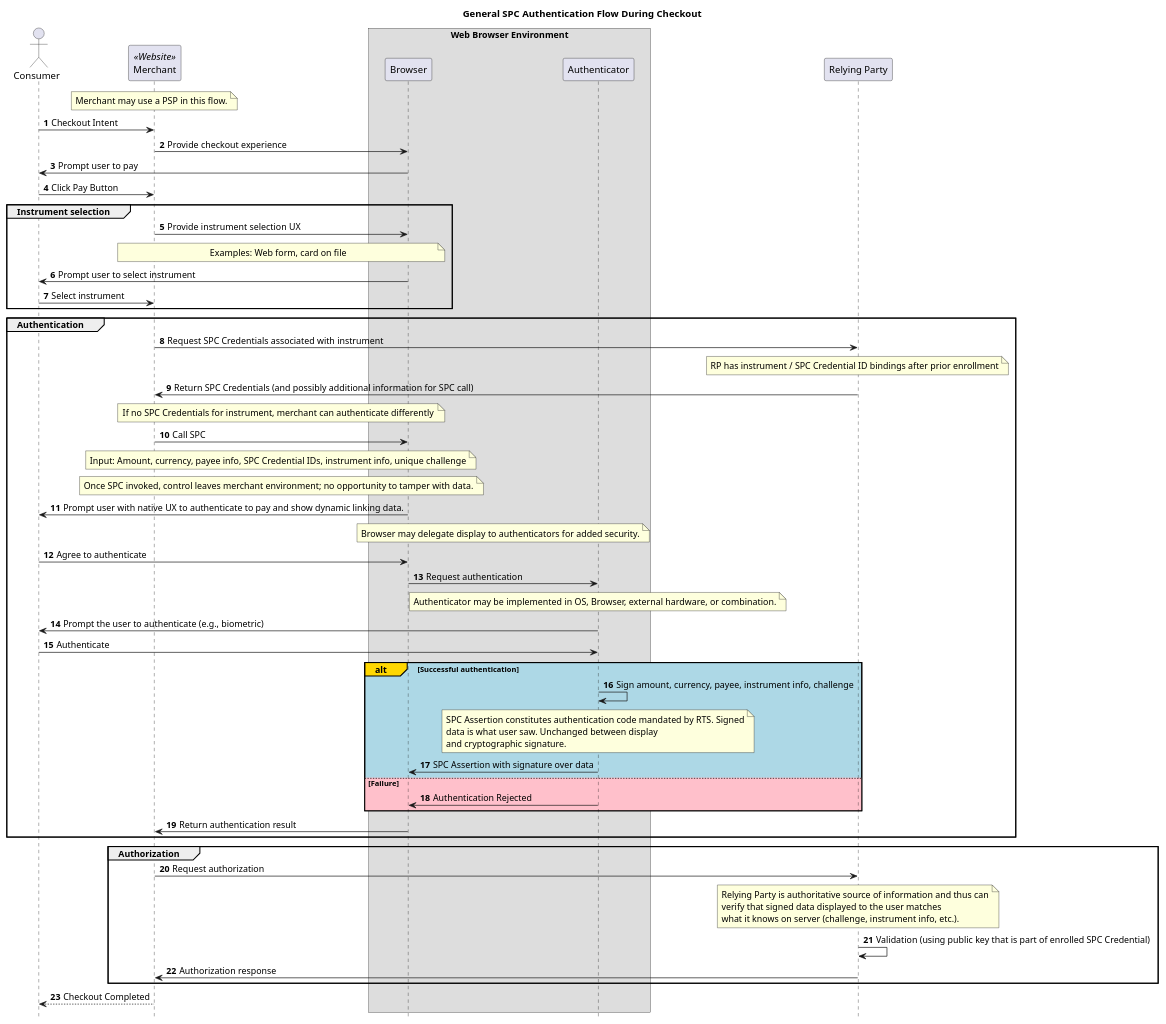
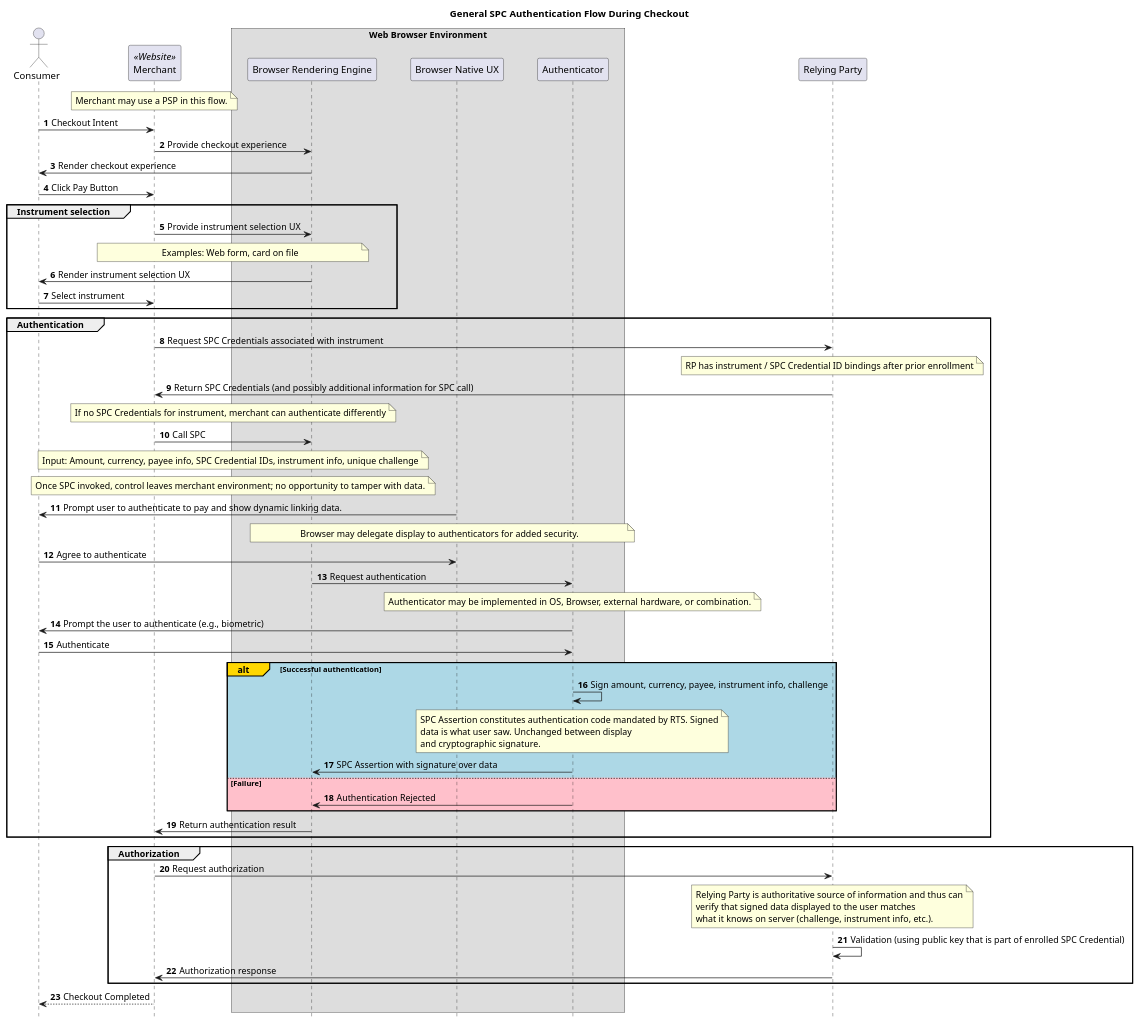
One commit to w3c/wpsig changed the diagram in spc-general.puml. Above: the diagram before and after it, drawn with PlantUML. The commit also changed 1 other file, not shown here.

Commit message:
add mention of ntive browser UX

```diff
--- a/spc-general.puml
+++ b/spc-general.puml
@@ -1,87 +1,88 @@
 @startuml
 
 autonumber
 hide footbox
 skinparam ParticipantPadding 20
 skinparam BoxPadding 10
 
 title General SPC Authentication Flow During Checkout
 
 actor Consumer as Consumer
 participant Merchant as Merchant <<Website>>
 
 box "Web Browser Environment"
-  participant "Browser"
+  participant "Browser Rendering Engine" as Browser
+  participant "Browser Native UX" as Native
   participant "Authenticator"
 end box
 
 participant "Relying Party" as RP
 
 note over Merchant
   Merchant may use a PSP in this flow.
 end note
 Consumer->Merchant: Checkout Intent
 Merchant->Browser: Provide checkout experience
-Browser->Consumer: Prompt user to pay
+Browser->Consumer: Render checkout experience
 Consumer->Merchant: Click Pay Button
 group Instrument selection
 Merchant->Browser: Provide instrument selection UX
 note over Merchant, Browser
   Examples: Web form, card on file
 end note
-Browser->Consumer: Prompt user to select instrument
+Browser->Consumer: Render instrument selection UX
 Consumer->Merchant: Select instrument
-end gorup
+end group
 group Authentication
 Merchant->RP: Request SPC Credentials associated with instrument
 note over RP
   RP has instrument / SPC Credential ID bindings after prior enrollment
 end note
 RP->Merchant: Return SPC Credentials (and possibly additional information for SPC call)
 note over Merchant, Browser
   If no SPC Credentials for instrument, merchant can authenticate differently
 end note
 Merchant->Browser: Call SPC
 note over Merchant, Browser
   Input: Amount, currency, payee info, SPC Credential IDs, instrument info, unique challenge
 end note
 note over Merchant, Browser
   Once SPC invoked, control leaves merchant environment; no opportunity to tamper with data.
 end note
-Browser->Consumer: Prompt user with native UX to authenticate to pay and show dynamic linking data.
+Native->Consumer: Prompt user to authenticate to pay and show dynamic linking data.
 note over Browser, Authenticator
   Browser may delegate display to authenticators for added security.
 end note
-Consumer->Browser: Agree to authenticate
+Consumer->Native: Agree to authenticate
 Browser->Authenticator: Request authentication
 note over Authenticator
   Authenticator may be implemented in OS, Browser, external hardware, or combination.
 end note
 Authenticator->Consumer: Prompt the user to authenticate (e.g., biometric)
 Consumer->Authenticator: Authenticate
 alt#Gold #LightBlue Successful authentication
     Authenticator->Authenticator: Sign amount, currency, payee, instrument info, challenge
     note over Authenticator
        SPC Assertion constitutes authentication code mandated by RTS. Signed
        data is what user saw. Unchanged between display
        and cryptographic signature.
     end note
     Authenticator -> Browser: SPC Assertion with signature over data
 else #Pink Failure
     Authenticator -> Browser: Authentication Rejected
 end
 Browser->Merchant: Return authentication result
 end group
 group Authorization
 Merchant->RP: Request authorization
 note over RP
   Relying Party is authoritative source of information and thus can
   verify that signed data displayed to the user matches
   what it knows on server (challenge, instrument info, etc.).
 end note
 RP->RP: Validation (using public key that is part of enrolled SPC Credential)
 RP->Merchant: Authorization response
 end group
 Merchant-->Consumer: Checkout Completed
 
 @enduml
```
